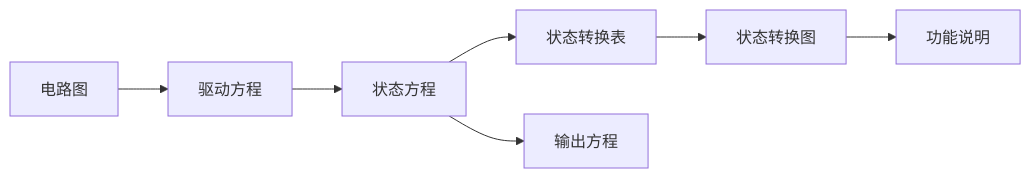
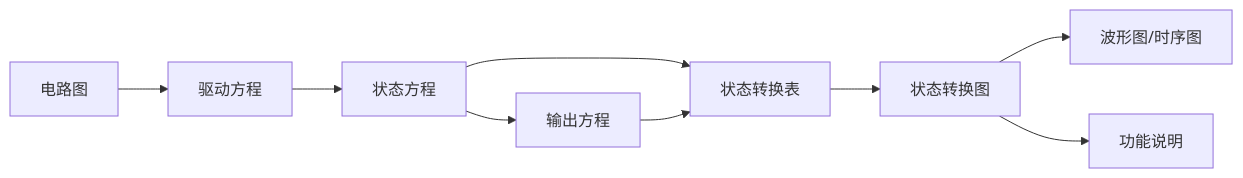
The fourth of 18 diagrams in 数电/第六章：时序逻辑电路.md (Ling-cn111/study-notes-2026), drawn with Mermaid before and after one commit. The commit also changed other lines of this file and 2 other files, not shown here.

````diff
--- a/数电/第六章：时序逻辑电路.md
+++ b/数电/第六章：时序逻辑电路.md
@@ -41,9 +140,11 @@
 ```mermaid
 flowchart LR
     A[电路图] --> B[驱动方程]
     B --> C[状态方程]
     C --> D[状态转换表]
     D --> E[状态转换图]
-    E --> F[功能说明]
-    C --> G[输出方程]
+    E --> F[波形图/时序图]
+    E --> G[功能说明]
+    C --> H[输出方程]
+    H --> D
 ```
````
